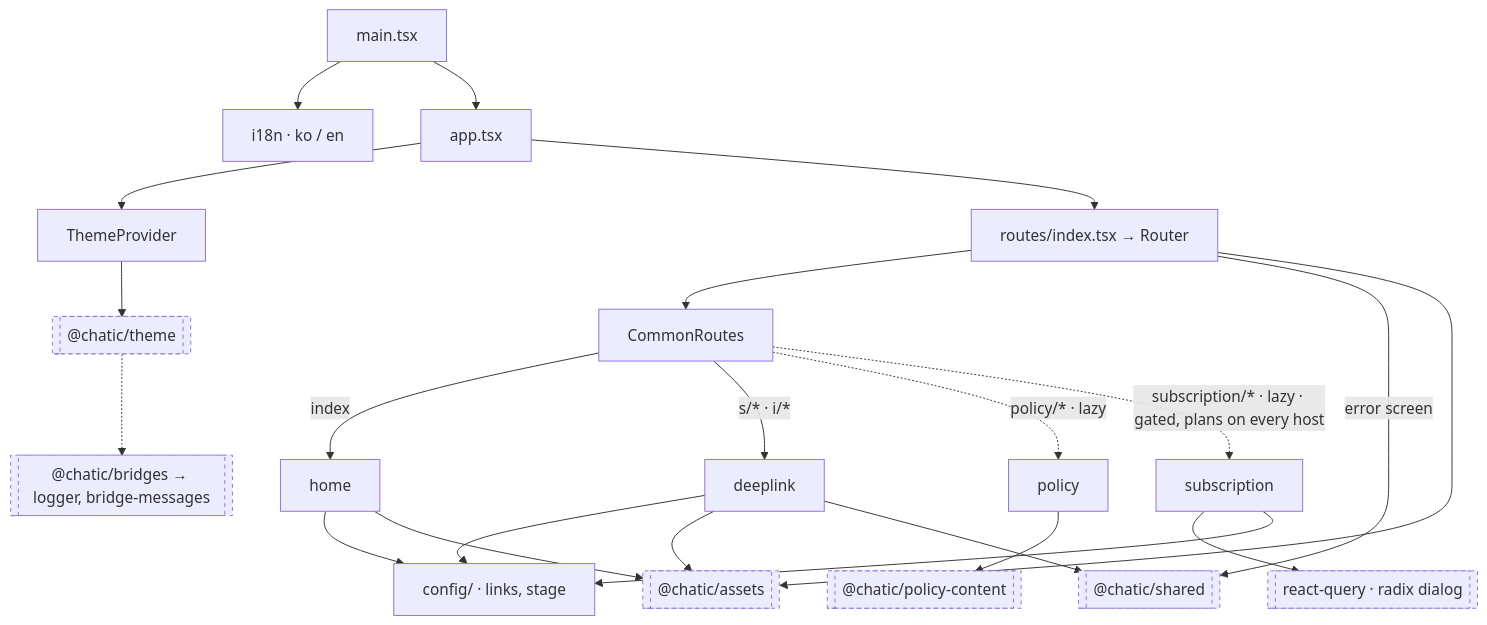
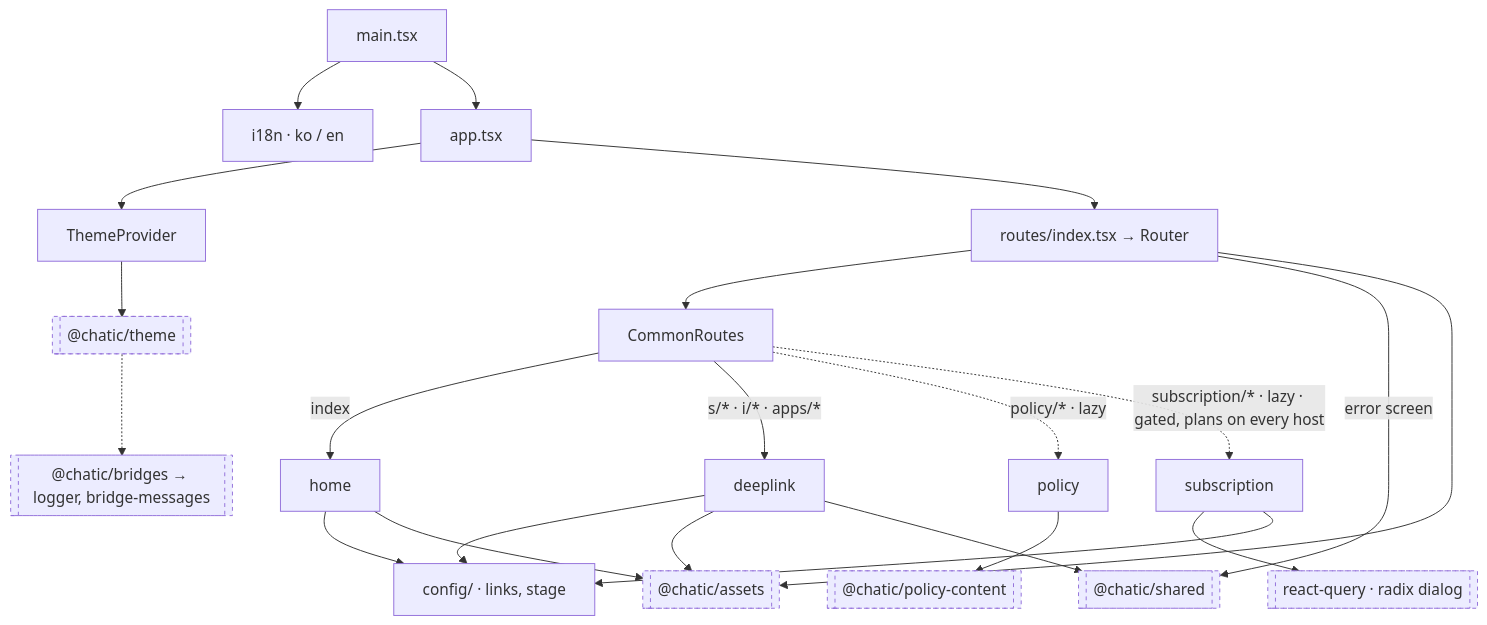
The diagram in apps/landing/README.md (lemoncloud-io/dou-app), drawn with Mermaid before and after one commit. The commit also changed other lines of this file and 32 other files, not shown here.

````diff
--- a/apps/landing/README.md
+++ b/apps/landing/README.md
@@ -141,27 +142,27 @@
 ```mermaid
 flowchart TD
     main[main.tsx] --> i18n[i18n · ko / en]
     main --> App[app.tsx]
     App --> TP[ThemeProvider]
     App --> R[routes/index.tsx → Router]
     R --> CR[CommonRoutes]
     R -->|error screen| SH[["@chatic/shared"]]
     R --> AS
     CR -->|index| HO[home]
-    CR -->|s/* · i/*| DL[deeplink]
+    CR -->|s/* · i/* · apps/*| DL[deeplink]
     CR -.->|policy/* · lazy| PO[policy]
     CR -.->|subscription/* · lazy · gated, plans on every host| SU[subscription]
     SU --> RQ[[react-query · radix dialog]]
     SU --> CFG
     HO --> CFG[config/ · links, stage]
     DL --> CFG
     PO --> PC[["@chatic/policy-content"]]
     TP --> TH[["@chatic/theme"]]
     HO --> AS[["@chatic/assets"]]
     DL --> AS
     DL --> SH
     TH -.-> BR[["@chatic/bridges → logger, bridge-messages"]]
 
     classDef ext stroke-dasharray: 4 4;
     class PC,TH,AS,SH,BR,RQ ext;
 ```
````
